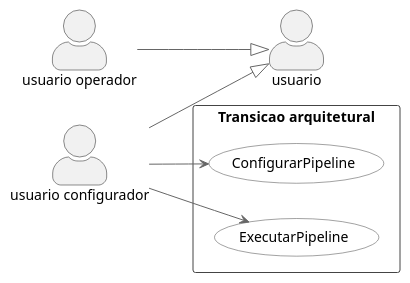
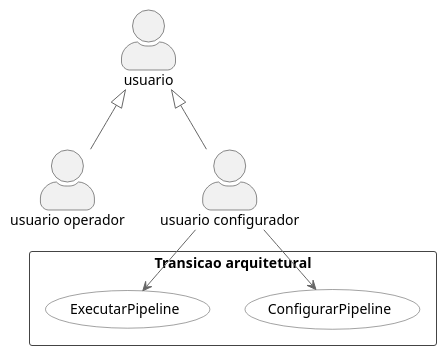
Before and after one commit to rib-thiago/showtrials-tcc: the diagram in docs/modelagem/diagramas/09_diagrama_casos_de_uso_transicao_arquitetural.puml, drawn with PlantUML.

Commit message:
docs: ajustar layout da generalizacao no diagrama de transicao

```diff
--- a/docs/modelagem/diagramas/09_diagrama_casos_de_uso_transicao_arquitetural.puml
+++ b/docs/modelagem/diagramas/09_diagrama_casos_de_uso_transicao_arquitetural.puml
@@ -1,30 +1,30 @@
 @startuml
-left to right direction
+top to bottom direction
 skinparam shadowing false
 skinparam packageStyle rectangle
 skinparam actorStyle awesome
 skinparam usecase {
   BackgroundColor white
   BorderColor #444444
   ArrowColor #666666
 }
 skinparam rectangle {
   BorderColor #444444
 }
 
 actor "usuario" as Usuario
 actor "usuario operador" as UsuarioOperador
 actor "usuario configurador" as UsuarioConfigurador
 
-UsuarioOperador --|> Usuario
-UsuarioConfigurador --|> Usuario
+UsuarioOperador -up-|> Usuario
+UsuarioConfigurador -up-|> Usuario
 
 rectangle "Transicao arquitetural" {
   usecase "ConfigurarPipeline" as UC_ConfigurarPipeline
   usecase "ExecutarPipeline" as UC_ExecutarPipeline
 }
 
 UsuarioConfigurador --> UC_ConfigurarPipeline
 UsuarioConfigurador --> UC_ExecutarPipeline
 
 @enduml
```
